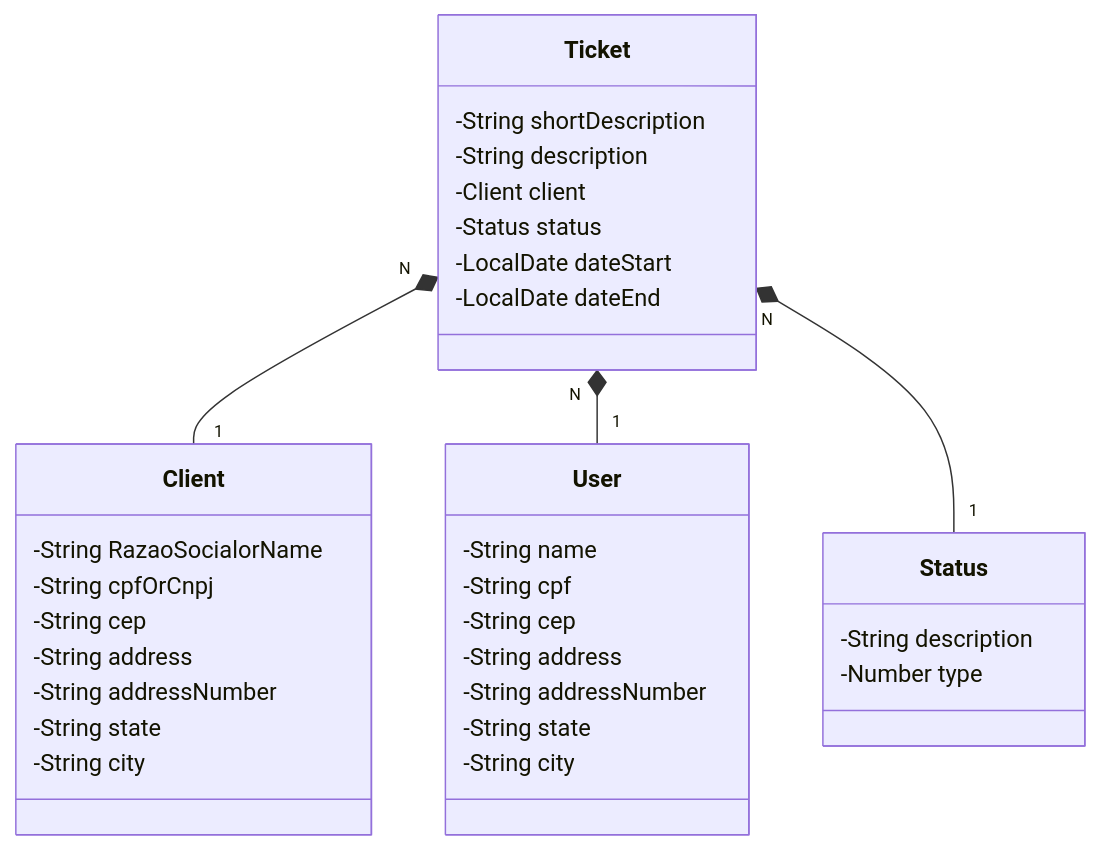
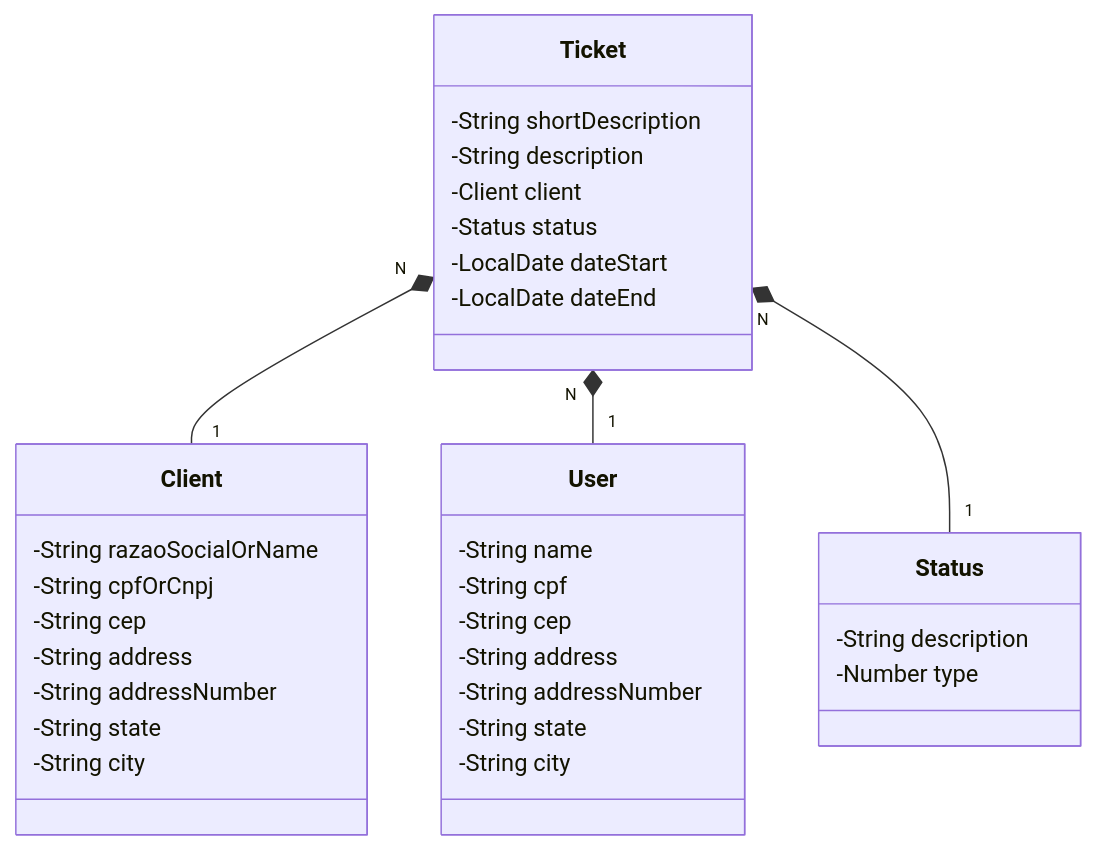
One commit to eliezer-dev/gestaohelpdesk-api-java changed the diagram in README.md. Above: the diagram before and after it, drawn with Mermaid. The commit also changed 2 other files, not shown here.

Commit message:
SUP-2 Criado models com base no UML que consta no README.md

````diff
--- a/README.md
+++ b/README.md
@@ -6,41 +6,41 @@
 ```mermaid
 classDiagram
   class Ticket {
     -String shortDescription
     -String description
     -Client client
     -Status status
     -LocalDate dateStart
     -LocalDate dateEnd
   }
 
   class Client {
-    -String RazaoSocialorName
+    -String razaoSocialOrName
     -String cpfOrCnpj
     -String cep
     -String address
     -String addressNumber
     -String state
     -String city 
   }
 
   class User {
     -String name
     -String cpf
     -String cep
     -String address
     -String addressNumber
     -String state
     -String city 
   }
 
   class Status {
     -String description
     -Number type
   }
 
 
   Ticket "N" *-- "1" Client
   Ticket "N" *-- "1" User
   Ticket "N" *-- "1" Status
 ```
````
